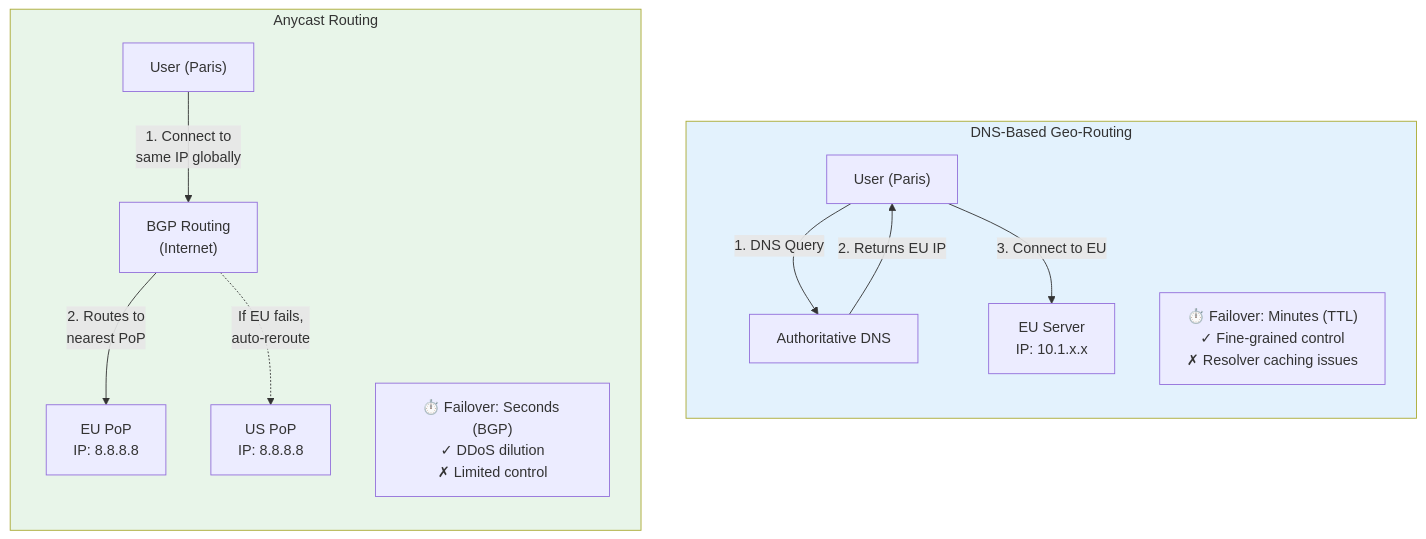
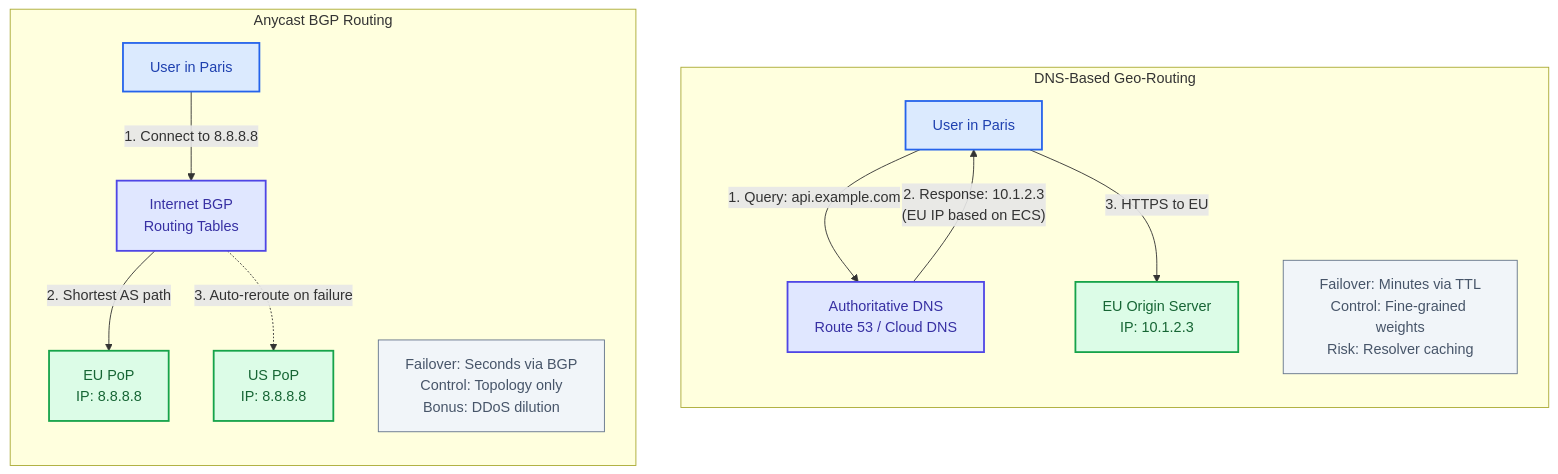
Before and after one commit to udaytamma/Cyrus: the first of 2 diagrams in gemini-responses/geo-routing-20260120-1301.md, drawn with Mermaid. The commit also changed other lines of this file and 28 other files, not shown here.

First line of the commit message:
Upgrade Knowledge Base Mermaid diagrams to professional styling

````diff
--- a/gemini-responses/geo-routing-20260120-1301.md
+++ b/gemini-responses/geo-routing-20260120-1301.md
@@ -33,21 +33,37 @@
 ```mermaid
 flowchart TB
     subgraph DNSBased["DNS-Based Geo-Routing"]
         direction TB
-        U1["User (Paris)"] -->|"1. DNS Query"| DNS["Authoritative DNS"]
-        DNS -->|"2. Returns EU IP"| U1
-        U1 -->|"3. Connect to EU"| EU1["EU Server<br/>IP: 10.1.x.x"]
-        Note1["⏱️ Failover: Minutes (TTL)<br/>✓ Fine-grained control<br/>✗ Resolver caching issues"]
+        U1["User in Paris"]
+        DNS["Authoritative DNS<br/>Route 53 / Cloud DNS"]
+        EU1["EU Origin Server<br/>IP: 10.1.2.3"]
+        DNS_CHAR["Failover: Minutes via TTL<br/>Control: Fine-grained weights<br/>Risk: Resolver caching"]
+
+        U1 -->|"1. Query: api.example.com"| DNS
+        DNS -->|"2. Response: 10.1.2.3<br/>(EU IP based on ECS)"| U1
+        U1 -->|"3. HTTPS to EU"| EU1
     end
 
-    subgraph AnycastBased["Anycast Routing"]
+    subgraph AnycastBased["Anycast BGP Routing"]
         direction TB
-        U2["User (Paris)"] -->|"1. Connect to<br/>same IP globally"| BGP["BGP Routing<br/>(Internet)"]
-        BGP -->|"2. Routes to<br/>nearest PoP"| EU2["EU PoP<br/>IP: 8.8.8.8"]
-        BGP -.->|"If EU fails,<br/>auto-reroute"| US2["US PoP<br/>IP: 8.8.8.8"]
-        Note2["⏱️ Failover: Seconds (BGP)<br/>✓ DDoS dilution<br/>✗ Limited control"]
+        U2["User in Paris"]
+        BGP["Internet BGP<br/>Routing Tables"]
+        EU2["EU PoP<br/>IP: 8.8.8.8"]
+        US2["US PoP<br/>IP: 8.8.8.8"]
+        ANY_CHAR["Failover: Seconds via BGP<br/>Control: Topology only<br/>Bonus: DDoS dilution"]
+
+        U2 -->|"1. Connect to 8.8.8.8"| BGP
+        BGP -->|"2. Shortest AS path"| EU2
+        BGP -.->|"3. Auto-reroute on failure"| US2
     end
 
-    style DNSBased fill:#e3f2fd
-    style AnycastBased fill:#e8f5e9
+    classDef user fill:#dbeafe,stroke:#2563eb,color:#1e40af,stroke-width:2px
+    classDef dns fill:#e0e7ff,stroke:#4f46e5,color:#3730a3,stroke-width:2px
+    classDef server fill:#dcfce7,stroke:#16a34a,color:#166534,stroke-width:2px
+    classDef info fill:#f1f5f9,stroke:#64748b,color:#475569,stroke-width:1px
+
+    class U1,U2 user
+    class DNS,BGP dns
+    class EU1,EU2,US2 server
+    class DNS_CHAR,ANY_CHAR info
 ```
````
